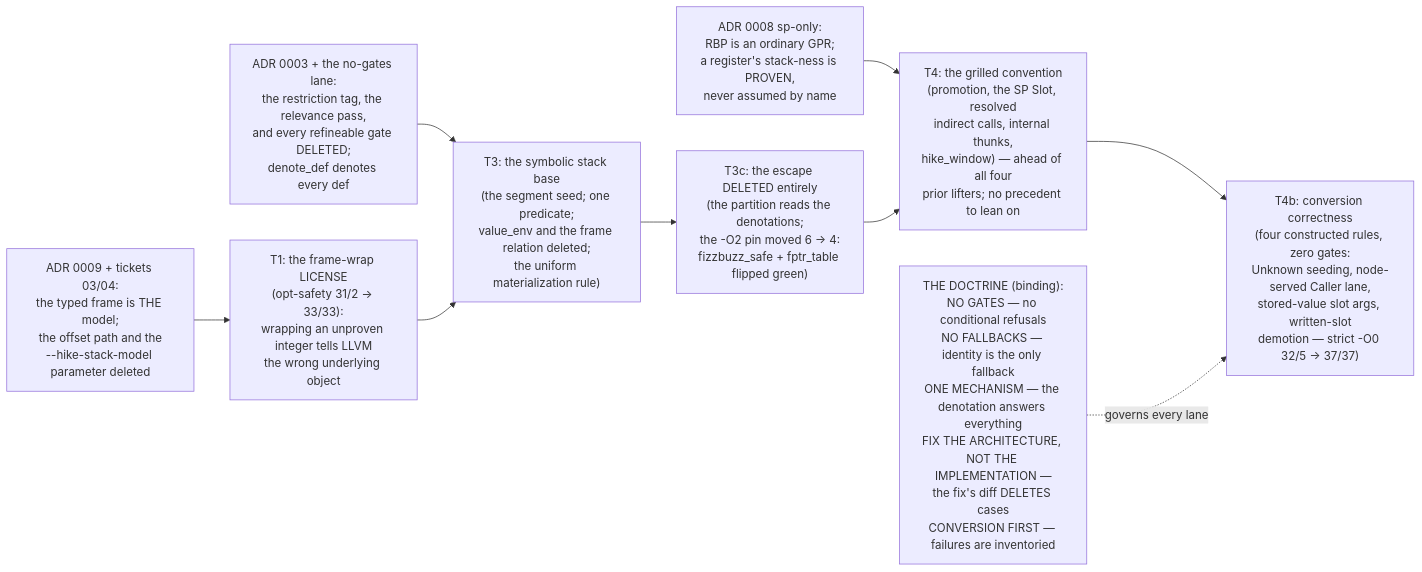
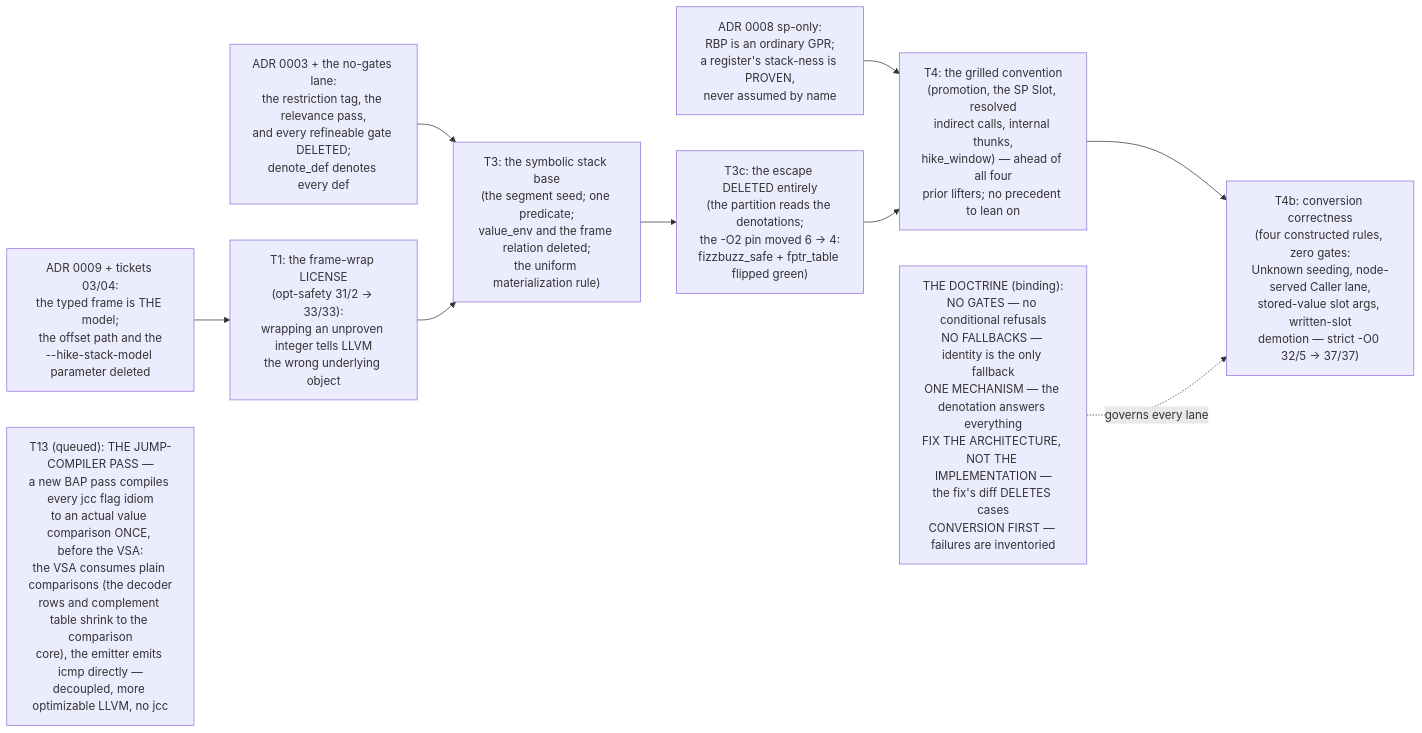
One commit to Angs12/hike changed the fourth of 6 diagrams in docs/architecture-map.md. Above: the diagram before and after it, drawn with Mermaid. The commit also changed other lines of this file, not shown here.

Commit message:
docs: the jump compiler joins the map — the guard-decoding layer as landed (T8-repaired) + the T13 pass that will delete it

````diff
--- a/docs/architecture-map.md
+++ b/docs/architecture-map.md
@@ -117,17 +121,18 @@
 ```mermaid
 flowchart LR
     ADR3["ADR 0003 + the no-gates lane:<br/>the restriction tag, the relevance pass,<br/>and every refineable gate DELETED;<br/>denote_def denotes every def"]
     ADR8["ADR 0008 sp-only:<br/>RBP is an ordinary GPR;<br/>a register's stack-ness is PROVEN,<br/>never assumed by name"]
     ADR9["ADR 0009 + tickets 03/04:<br/>the typed frame is THE model;<br/>the offset path and the<br/>--hike-stack-model parameter deleted"]
     T1r["T1: the frame-wrap LICENSE<br/>(opt-safety 31/2 -> 33/33):<br/>wrapping an unproven integer tells LLVM<br/>the wrong underlying object"]
     T3r["T3: the symbolic stack base<br/>(the segment seed; one predicate;<br/>value_env and the frame relation deleted;<br/>the uniform materialization rule)"]
     T3cr["T3c: the escape DELETED entirely<br/>(the partition reads the denotations;<br/>the -O2 pin moved 6 -> 4:<br/>fizzbuzz_safe + fptr_table flipped green)"]
     T4r["T4: the grilled convention<br/>(promotion, the SP Slot, resolved<br/>indirect calls, internal thunks,<br/>hike_window) — ahead of all four<br/>prior lifters; no precedent to lean on"]
     T4br["T4b: conversion correctness<br/>(four constructed rules, zero gates:<br/>Unknown seeding, node-served Caller lane,<br/>stored-value slot args, written-slot<br/>demotion — strict -O0 32/5 -> 37/37)"]
+    T13["T13 (queued): THE JUMP-COMPILER PASS —<br/>a new BAP pass compiles every jcc flag idiom<br/>to an actual value comparison ONCE, before the VSA:<br/>the VSA consumes plain comparisons (the decoder<br/>rows and complement table shrink to the comparison<br/>core), the emitter emits icmp directly —<br/>decoupled, more optimizable LLVM, no jcc"]
     DOCT["THE DOCTRINE (binding):<br/>NO GATES — no conditional refusals<br/>NO FALLBACKS — identity is the only fallback<br/>ONE MECHANISM — the denotation answers everything<br/>FIX THE ARCHITECTURE, NOT THE IMPLEMENTATION —<br/>the fix's diff DELETES cases<br/>CONVERSION FIRST — failures are inventoried"]
 
     ADR3 --> T3r
     ADR8 --> T4r
     ADR9 --> T1r --> T3r --> T3cr --> T4r --> T4br
     DOCT -.governs every lane.-> T4br
 ```
````
